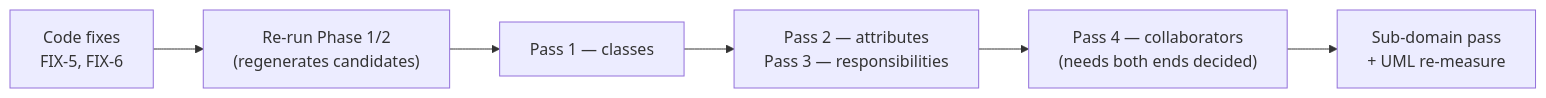
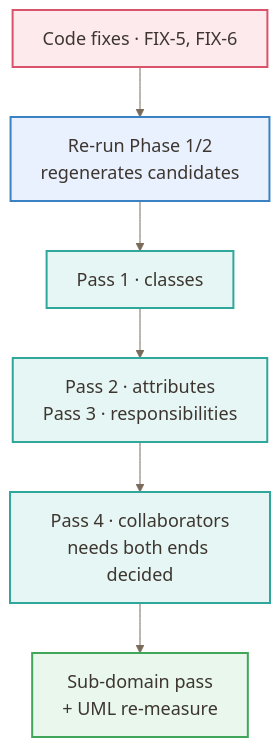
One commit to joerg-rade/domox changed the diagram in docs/scratch_pad/MODEL_REVIEW_PLAN.md. Above: the diagram before and after it, drawn with Mermaid. The commit also changed other lines of this file and 13 other files, not shown here.

Commit message:
mermaid diagram improvements

````diff
--- a/docs/scratch_pad/MODEL_REVIEW_PLAN.md
+++ b/docs/scratch_pad/MODEL_REVIEW_PLAN.md
@@ -29,8 +33,18 @@
 ```mermaid
-flowchart LR
-    A["Code fixes<br/>FIX-5, FIX-6"] --> B["Re-run Phase 1/2<br/>(regenerates candidates)"]
-    B --> C["Pass 1 — classes"]
-    C --> D["Pass 2 — attributes<br/>Pass 3 — responsibilities"]
-    D --> E["Pass 4 — collaborators<br/>(needs both ends decided)"]
-    E --> F["Sub-domain pass<br/>+ UML re-measure"]
+%%{init: {'theme':'base','themeVariables':{'fontSize':'18px','primaryColor':'#FFF4E5','primaryTextColor':'#3D3630','primaryBorderColor':'#E8A33D','lineColor':'#7A6A5A','secondaryColor':'#E8F1FD','tertiaryColor':'#F0EBFB','clusterBkg':'#FBF7F1','clusterBorder':'#E0D3C0','background':'#FFFFFF'}}}%%
+%% Vertical: the horizontal version measured 1617px natural and was shrunk to 4.8px in a narrow
+%% viewer.  This one measures 276px, so it renders at the full 18px.
+%% Every node carries an explicit classDef — an UNSTYLED box renders dark-on-dark in the
+%% IntelliJ Cline plugin, whatever the init theme says.  See docs/formatting/readability-guide.md.
+flowchart TD
+    classDef fix fill:#FDEAEC,stroke:#D9536B,stroke-width:2px,color:#3D3630
+    classDef rerun fill:#E8F1FD,stroke:#3B82C4,stroke-width:2px,color:#3D3630
+    classDef pass fill:#E6F6F4,stroke:#2FA79B,stroke-width:2px,color:#3D3630
+    classDef done fill:#E9F7EC,stroke:#3FA65A,stroke-width:2px,color:#3D3630
+
+    A["Code fixes · FIX-5, FIX-6"]:::fix --> B["Re-run Phase 1/2<br/>regenerates candidates"]:::rerun
+    B --> C["Pass 1 · classes"]:::pass
+    C --> D["Pass 2 · attributes<br/>Pass 3 · responsibilities"]:::pass
+    D --> E["Pass 4 · collaborators<br/>needs both ends decided"]:::pass
+    E --> F["Sub-domain pass<br/>+ UML re-measure"]:::done
 ```
````
